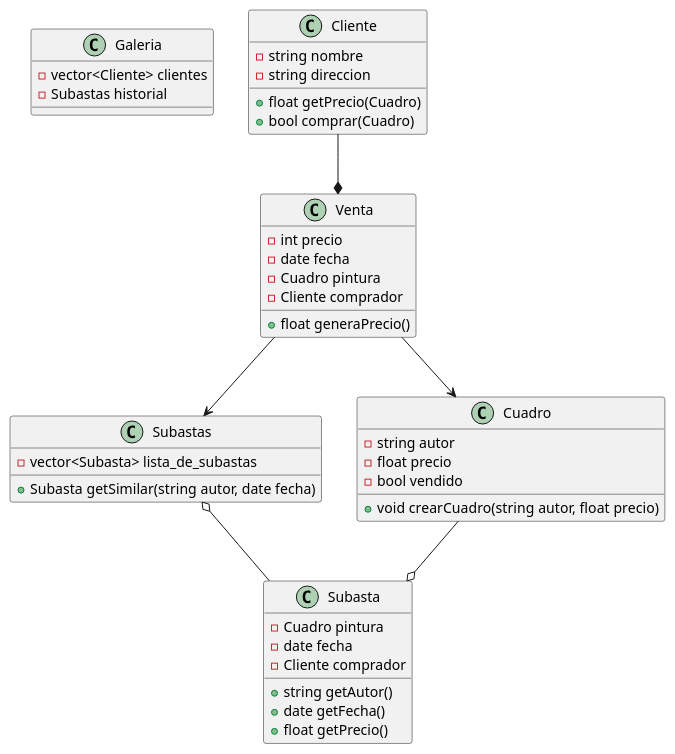
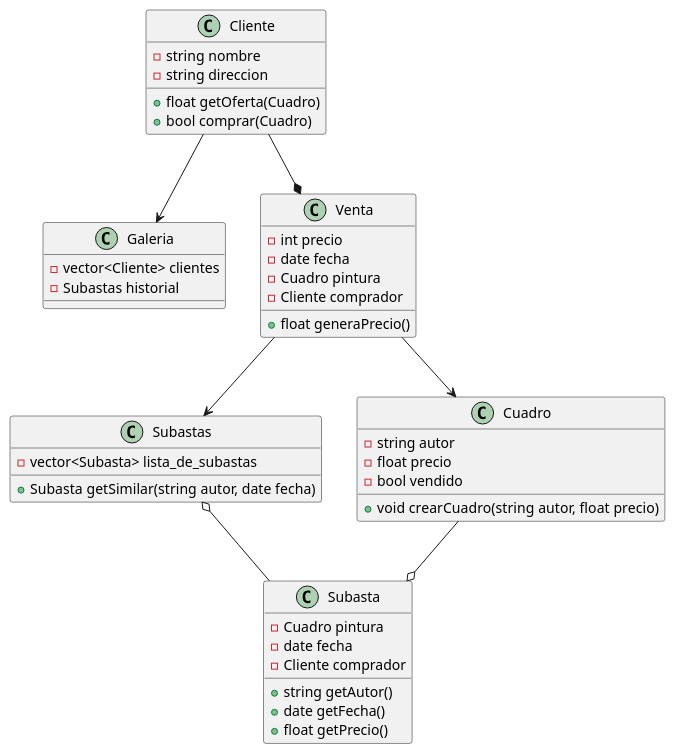
The diagram in Actividades/A5.1.osbert/clases.puml (semylevy/A01023530_aymss18), drawn with PlantUML before and after one commit.

Commit message:
Corrections

```diff
--- a/Actividades/A5.1.osbert/clases.puml
+++ b/Actividades/A5.1.osbert/clases.puml
@@ -1,51 +1,51 @@
 @startuml
 
 class Galeria {
     -vector<Cliente> clientes
     -Subastas historial
 }
 
 class Subastas {
     -vector<Subasta> lista_de_subastas
     +Subasta getSimilar(string autor, date fecha)
 }
 
 class Subasta {
     -Cuadro pintura
     -date fecha
     -Cliente comprador
     +string getAutor()
     +date getFecha()
     +float getPrecio()
 }
 
 class Cuadro {
     -string autor
     -float precio
     -bool vendido
     +void crearCuadro(string autor, float precio)
 }
 
 class Cliente {
     -string nombre
     -string direccion
-    +float getPrecio(Cuadro)
+    +float getOferta(Cuadro)
     +bool comprar(Cuadro)
 }
 
 class Venta {
     -int precio
     -date fecha
     -Cuadro pintura
     -Cliente comprador
     +float generaPrecio()
 }
 
 Subastas o-- Subasta
 Venta --> Subastas
 Cliente --* Venta
 Cuadro --o Subasta
 Venta --> Cuadro
-
+Cliente --> Galeria
 
 @enduml
```
